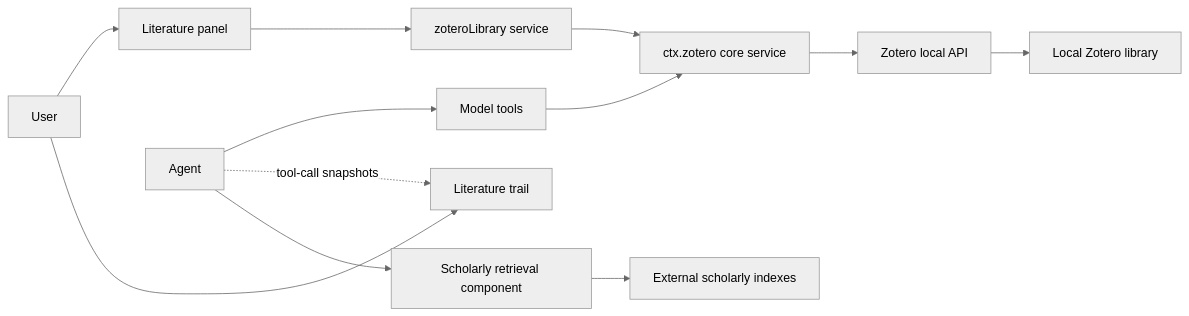
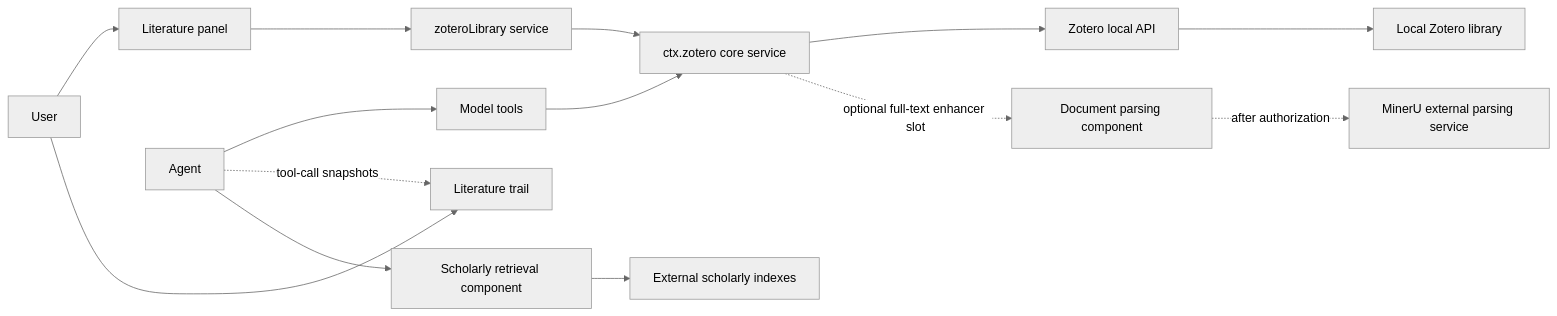
One commit to Vncntvx/dsh-zotero changed the diagram in docs/product-model.en.md. Above: the diagram before and after it, drawn with Mermaid (neutral theme). The commit also changed other lines of this file and 58 other files, not shown here.

First line of the commit message:
feat(parsing): ✨ add optional MinerU document parsing component

````diff
--- a/docs/product-model.en.md
+++ b/docs/product-model.en.md
@@ -56,13 +58,14 @@
 ```mermaid
 graph LR
     U[User] --> P[Literature panel]
     A[Agent] --> T[Model tools]
     P --> LS[zoteroLibrary service]
     T --> S[ctx.zotero core service]
     LS --> S
     S --> Z[Zotero local API]
     Z --> L[Local Zotero library]
     A -.->|tool-call snapshots| TR[Literature trail]
     U --> TR
     A --> X[Scholarly retrieval component] --> E[External scholarly indexes]
+    S -.->|optional full-text enhancer slot| PA[Document parsing component] -.->|after authorization| M[MinerU external parsing service]
 ```
````
